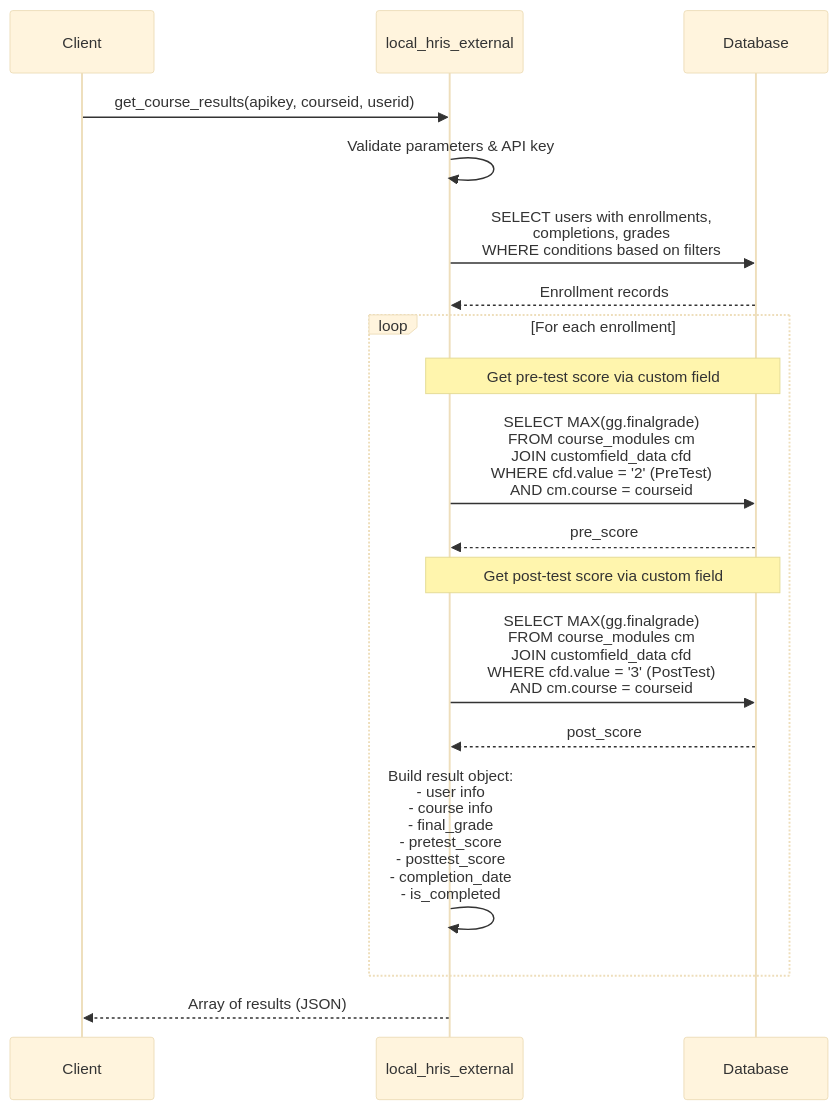
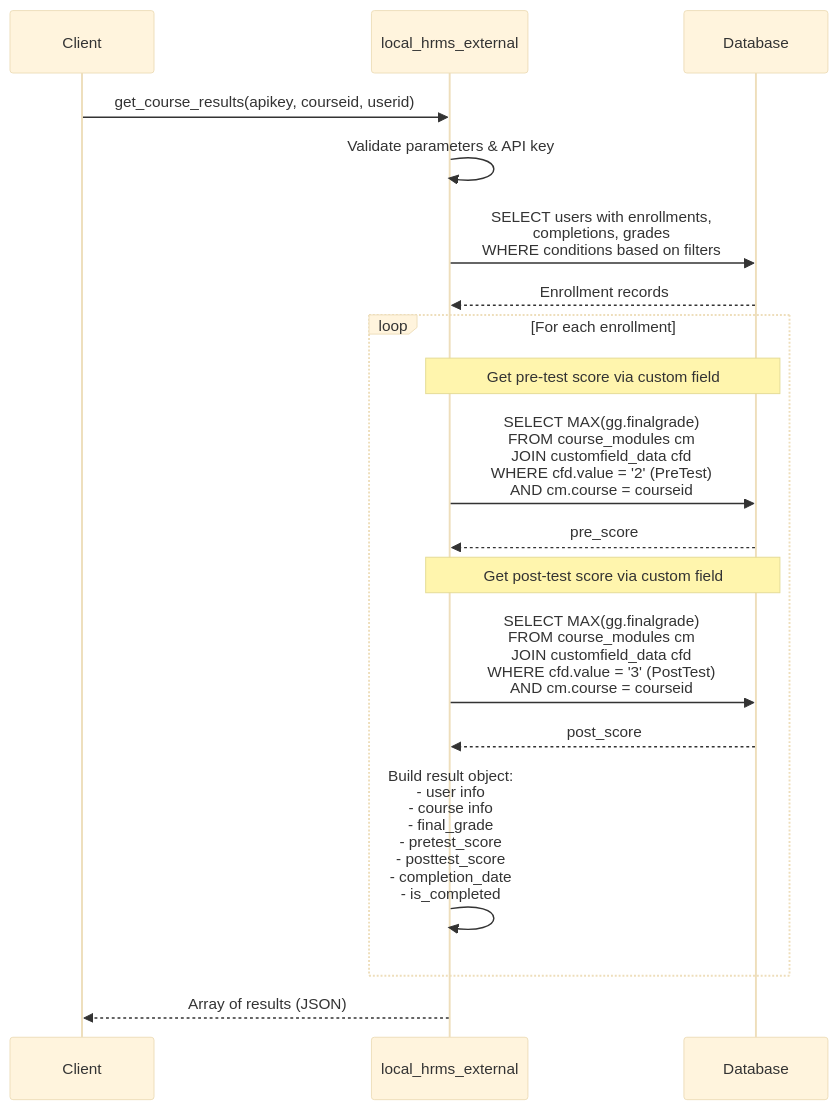
Before and after one commit to toosa/moodle-hrms: the fourth of 6 diagrams in DESIGN.md, drawn with Mermaid (base theme). The commit also changed other lines of this file and 18 other files, not shown here.

First line of the commit message:
Refactor HRIS Integration to HRMS Integration

````diff
--- a/DESIGN.md
+++ b/DESIGN.md
@@ -413,28 +413,28 @@
 ```mermaid
 sequenceDiagram
     participant Client
-    participant API as local_hris_external
+    participant API as local_hrms_external
     participant DB as Database
     
     Client->>API: get_course_results(apikey, courseid, userid)
     
     API->>API: Validate parameters & API key
     
     API->>DB: SELECT users with enrollments,<br/>completions, grades<br/>WHERE conditions based on filters
     
     DB-->>API: Enrollment records
     
     loop For each enrollment
         Note over API,DB: Get pre-test score via custom field
         API->>DB: SELECT MAX(gg.finalgrade)<br/>FROM course_modules cm<br/>JOIN customfield_data cfd<br/>WHERE cfd.value = '2' (PreTest)<br/>AND cm.course = courseid
         DB-->>API: pre_score
         
         Note over API,DB: Get post-test score via custom field
         API->>DB: SELECT MAX(gg.finalgrade)<br/>FROM course_modules cm<br/>JOIN customfield_data cfd<br/>WHERE cfd.value = '3' (PostTest)<br/>AND cm.course = courseid
         DB-->>API: post_score
         
         API->>API: Build result object:<br/>- user info<br/>- course info<br/>- final_grade<br/>- pretest_score<br/>- posttest_score<br/>- completion_date<br/>- is_completed
     end
     
     API-->>Client: Array of results (JSON)
 ```
````
